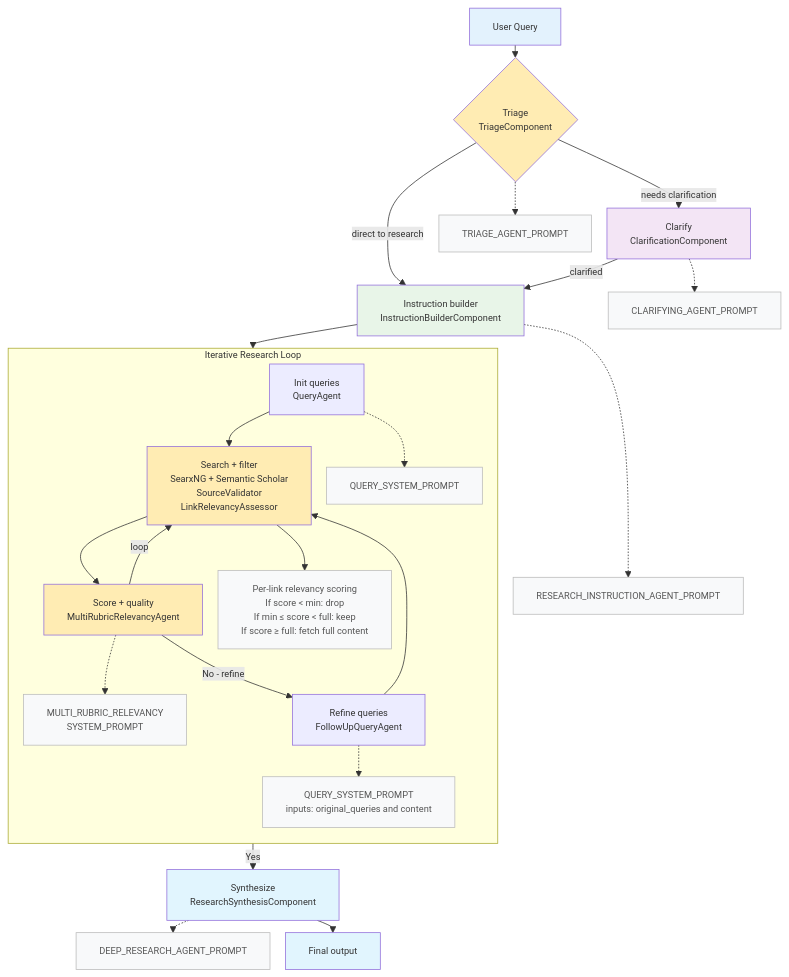
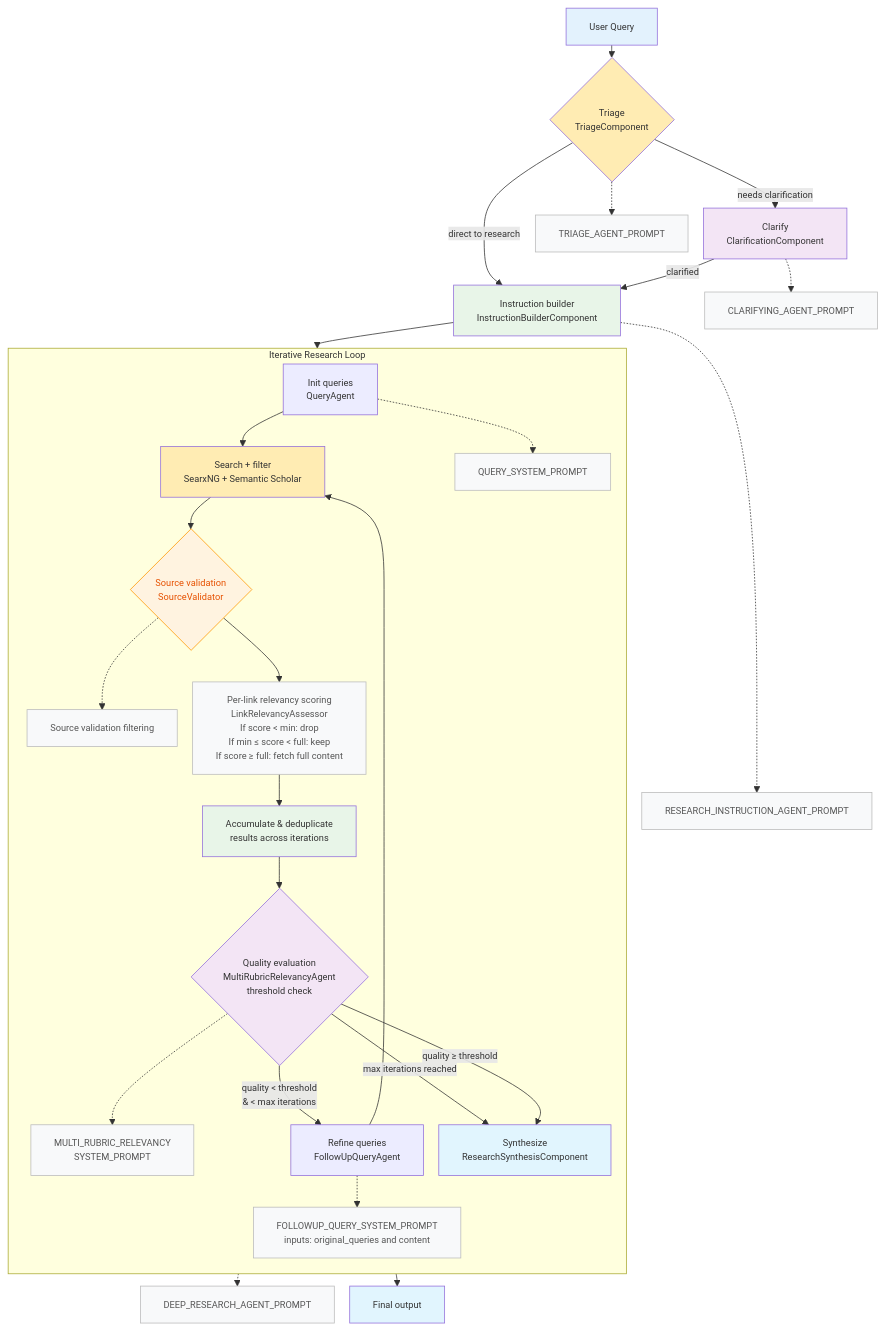
One commit to NASA-IMPACT/accelerated-discovery changed the diagram in docs/deep_search_diagram.md. Above: the diagram before and after it, drawn with Mermaid. The commit also changed other lines of this file, not shown here.

Commit message:
add looping in doc

````diff
--- a/docs/deep_search_diagram.md
+++ b/docs/deep_search_diagram.md
@@ -3,43 +3,49 @@
 ```mermaid
 %%{init: {'flowchart': {'useMaxWidth': true, 'nodeSpacing': 20, 'rankSpacing': 16, 'htmlLabels': true}, 'themeVariables': {'fontSize': '12px'}}}%%
 flowchart TD
     A[User Query] --> B{Triage<br/>TriageComponent}
     
     B -->|needs clarification| C[Clarify<br/>ClarificationComponent]
     B -->|direct to research| D[Instruction builder<br/>InstructionBuilderComponent]
     B -.-> Bp[TRIAGE_AGENT_PROMPT]
     C -.-> Cp[CLARIFYING_AGENT_PROMPT]
     D -.-> Dp[RESEARCH_INSTRUCTION_AGENT_PROMPT]
     C -->|clarified| D
     
     subgraph Iterative Research Loop
     direction TB
-        Q[Init queries<br/>QueryAgent] --> S[Search + filter<br/>SearxNG + Semantic Scholar<br/>SourceValidator<br/>LinkRelevancyAssessor]
+        Q[Init queries<br/>QueryAgent] --> S[Search + filter<br/>SearxNG + Semantic Scholar]
         Q -.-> IR1p1[QUERY_SYSTEM_PROMPT]
-        S --> SQ[Score + quality<br/>MultiRubricRelevancyAgent]
-        SQ -.-> MRP[MULTI_RUBRIC_RELEVANCY<br/>SYSTEM_PROMPT]
-        SQ -->|No - refine| R[Refine queries<br/>FollowUpQueryAgent]
-        SQ -->|loop| S
+        S --> SV{Source validation<br/>SourceValidator}
+        SV -.-> SVp[Source validation filtering]
+        SV --> PLA[Per-link relevancy scoring<br/>LinkRelevancyAssessor<br/>If score < min: drop<br/>If min ≤ score < full: keep<br/>If score ≥ full: fetch full content]
+        PLA --> ACC[Accumulate & deduplicate<br/>results across iterations]
+        ACC --> QE{Quality evaluation<br/>MultiRubricRelevancyAgent<br/>threshold check}
+        QE -.-> MRP[MULTI_RUBRIC_RELEVANCY<br/>SYSTEM_PROMPT]
+        QE -->|quality < threshold<br/>& < max iterations| R[Refine queries<br/>FollowUpQueryAgent]
+        QE -->|max iterations reached| J
         R --> S
-        R -.-> Rp[QUERY_SYSTEM_PROMPT<br/>inputs: original_queries and content]
-        S --> PLA[Per-link relevancy scoring<br/>If score < min: drop<br/>If min ≤ score < full: keep<br/>If score ≥ full: fetch full content]
+        R -.-> Rp[FOLLOWUP_QUERY_SYSTEM_PROMPT<br/>inputs: original_queries and content]
         
     end
     
     D --> Q
-    SQ -->|Yes| J[Synthesize<br/>ResearchSynthesisComponent]
+    QE -->|quality ≥ threshold| J[Synthesize<br/>ResearchSynthesisComponent]
     J -.-> Jp[DEEP_RESEARCH_AGENT_PROMPT]
     
     J --> K[Final output]
     
     style A fill:#E3F2FD
     style B fill:#FFECB3
     style C fill:#F3E5F5
     style D fill:#E8F5E8
     style S fill:#FFECB3
-    style SQ fill:#FFECB3
+    style ACC fill:#E8F5E8
+    style QE fill:#F3E5F5
     style J fill:#E1F5FE
     style K fill:#E1F5FE
     classDef prompt fill:#F8F9FA,stroke:#BBBBBB,color:#555555
-    class Bp,Cp,Dp,IR1p1,MRP,Jp,Rp,PLA prompt
+    classDef validation fill:#FFF3E0,stroke:#FF9800,color:#E65100
+    class Bp,Cp,Dp,IR1p1,MRP,Jp,Rp,PLA,SVp prompt
+    class SV validation
 ```
````
